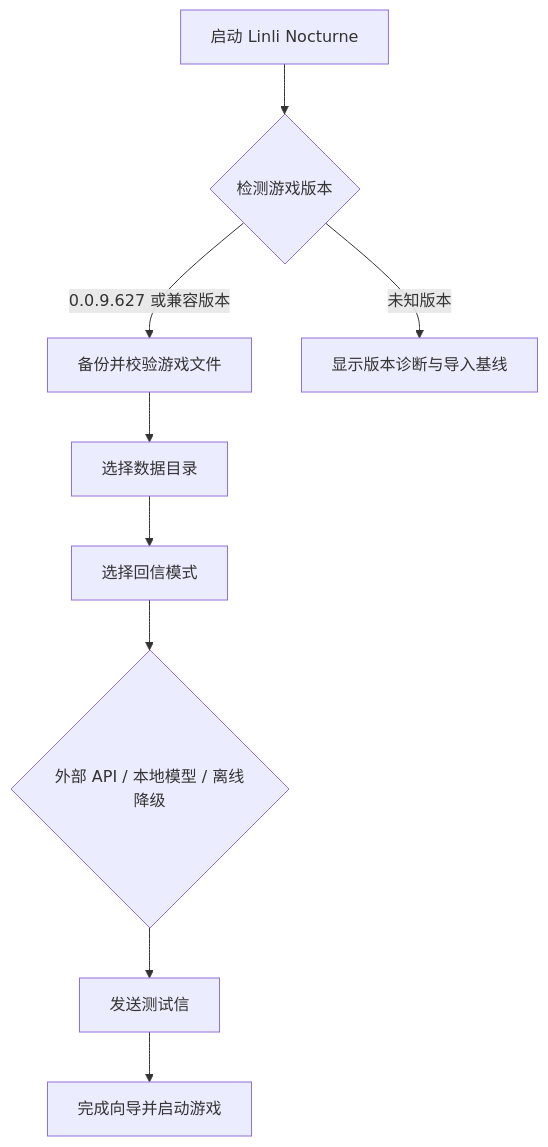
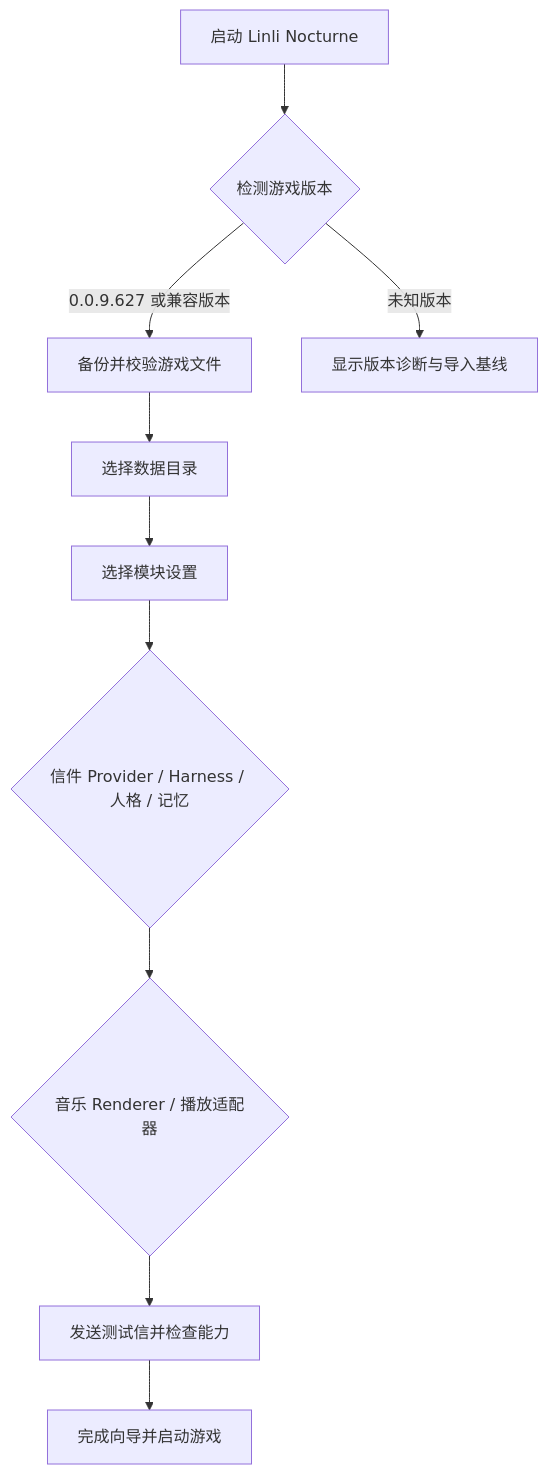
Before and after one commit to Comma0103/Linli-Nocturne: the diagram in docs/ui-flow.md, drawn with Mermaid. The commit also changed other lines of this file and 29 other files, not shown here.

````diff
--- a/docs/ui-flow.md
+++ b/docs/ui-flow.md
@@ -5,11 +5,12 @@
 ```mermaid
 flowchart TD
   A[启动 Linli Nocturne] --> B{检测游戏版本}
   B -->|0.0.9.627 或兼容版本| C[备份并校验游戏文件]
   B -->|未知版本| D[显示版本诊断与导入基线]
   C --> E[选择数据目录]
-  E --> F[选择回信模式]
-  F --> G{外部 API / 本地模型 / 离线降级}
-  G --> H[发送测试信]
-  H --> I[完成向导并启动游戏]
+  E --> F[选择模块设置]
+  F --> G{信件 Provider / Harness / 人格 / 记忆}
+  G --> H{音乐 Renderer / 播放适配器}
+  H --> I[发送测试信并检查能力]
+  I --> J[完成向导并启动游戏]
 ```
````
